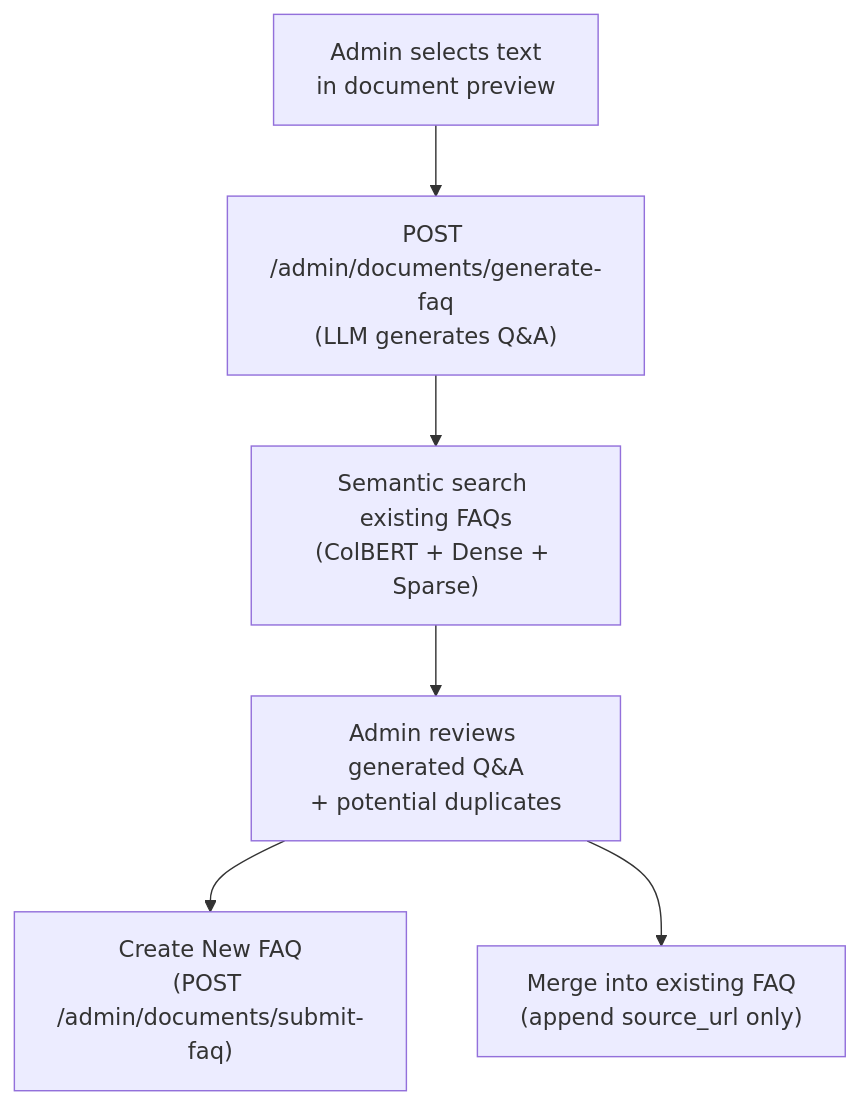
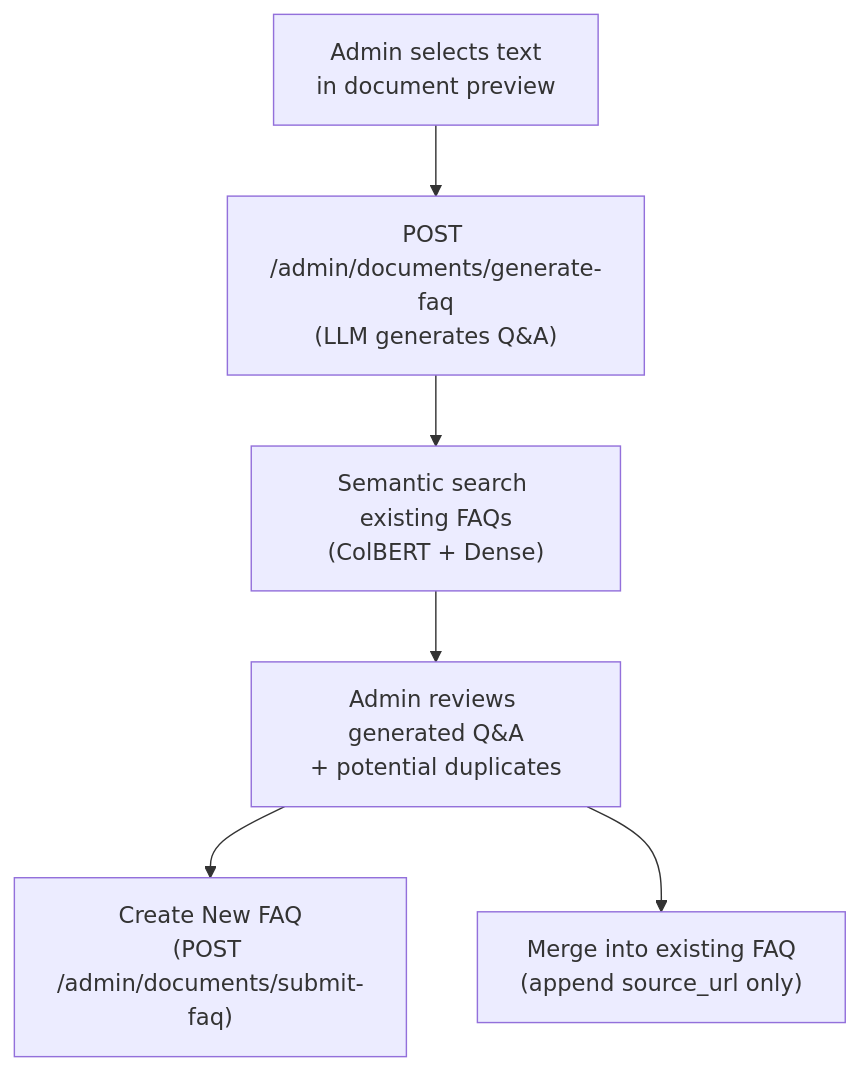
One commit to flozi00/qdrant-proxy changed the second of 3 diagrams in docs/faq-knowledge-base.md. Above: the diagram before and after it, drawn with Mermaid. The commit also changed other lines of this file and 21 other files, not shown here.

````diff
--- a/docs/faq-knowledge-base.md
+++ b/docs/faq-knowledge-base.md
@@ -89,8 +89,8 @@
 ```mermaid
 flowchart TD
     Select["Admin selects text\nin document preview"] --> Generate["POST /admin/documents/generate-faq\n(LLM generates Q&A)"]
-    Generate --> Dedup["Semantic search existing FAQs\n(ColBERT + Dense + Sparse)"]
+    Generate --> Dedup["Semantic search existing FAQs\n(ColBERT + Dense)"]
     Dedup --> Review["Admin reviews generated Q&A\n+ potential duplicates"]
     Review --> Create["Create New FAQ\n(POST /admin/documents/submit-faq)"]
     Review --> Merge["Merge into existing FAQ\n(append source_url only)"]
 ```
````
